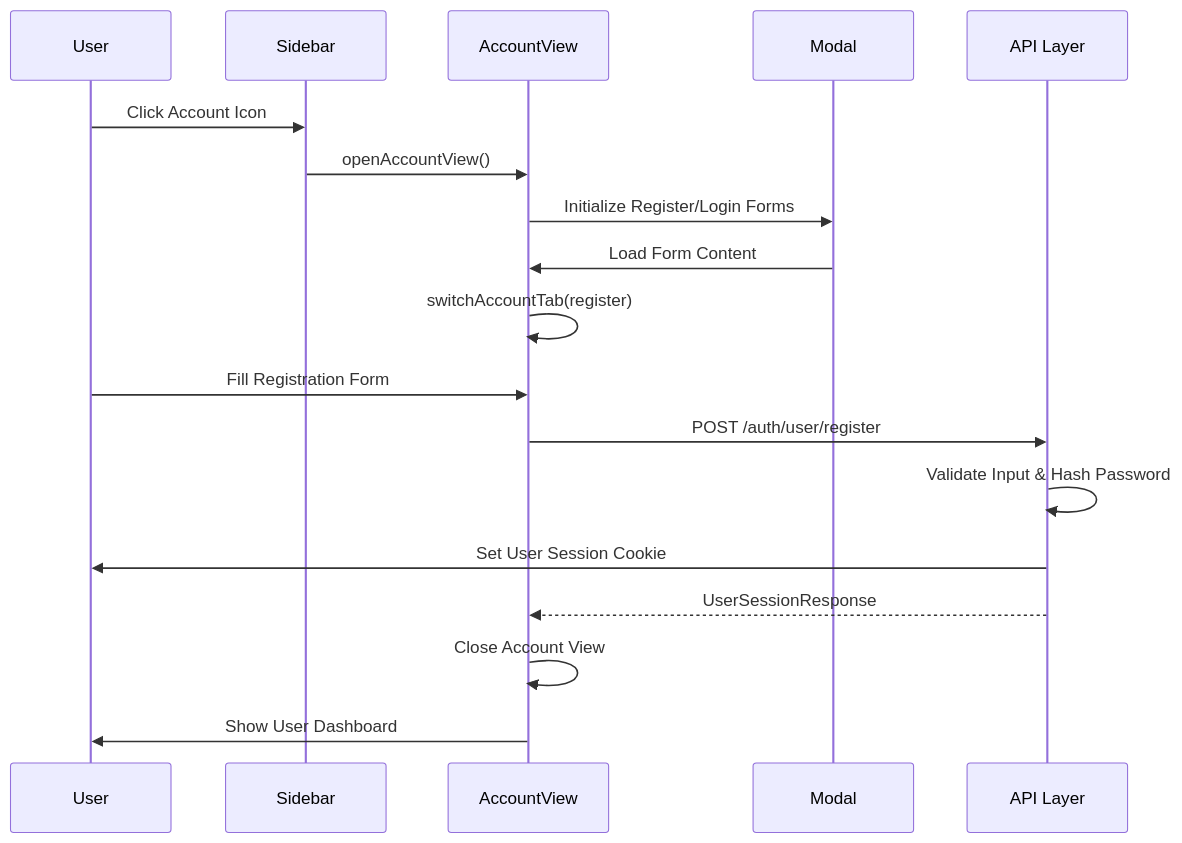
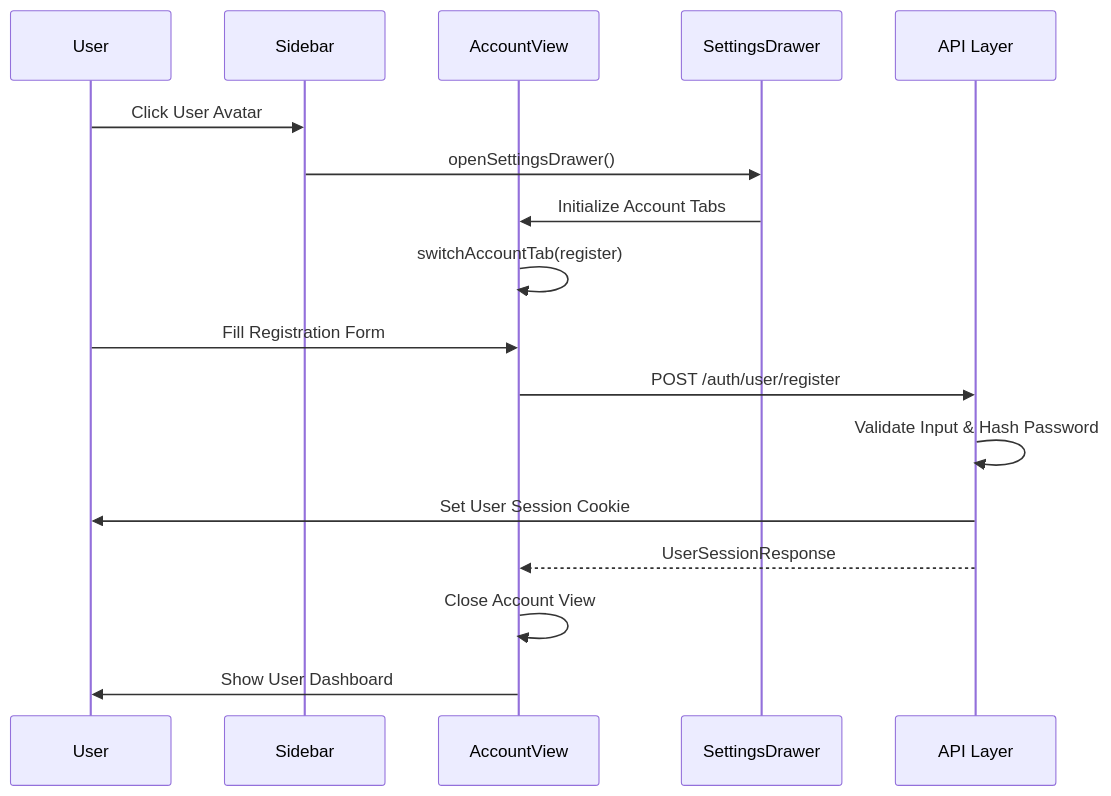
One commit to intellistream/sage-mate changed the seventh of 19 diagrams in .qoder/repowiki/en/content/Core Components/Integrated Account Management View.md. Above: the diagram before and after it, drawn with Mermaid. The commit also changed other lines of this file and 121 other files, not shown here.

````diff
--- a/.qoder/repowiki/en/content/Core Components/Integrated Account Management View.md
+++ b/.qoder/repowiki/en/content/Core Components/Integrated Account Management View.md
@@ -326,20 +340,19 @@
 ```mermaid
 sequenceDiagram
 participant User as User
 participant Sidebar as Sidebar
 participant AccountView as AccountView
-participant Modal as Modal
+participant SettingsDrawer as SettingsDrawer
 participant API as API Layer
-User->>Sidebar : Click Account Icon
-Sidebar->>AccountView : openAccountView()
-AccountView->>Modal : Initialize Register/Login Forms
-Modal->>AccountView : Load Form Content
+User->>Sidebar : Click User Avatar
+Sidebar->>SettingsDrawer : openSettingsDrawer()
+SettingsDrawer->>AccountView : Initialize Account Tabs
 AccountView->>AccountView : switchAccountTab(register)
 User->>AccountView : Fill Registration Form
 AccountView->>API : POST /auth/user/register
 API->>API : Validate Input & Hash Password
 API->>User : Set User Session Cookie
 API-->>AccountView : UserSessionResponse
 AccountView->>AccountView : Close Account View
 AccountView->>User : Show User Dashboard
 ```
````
